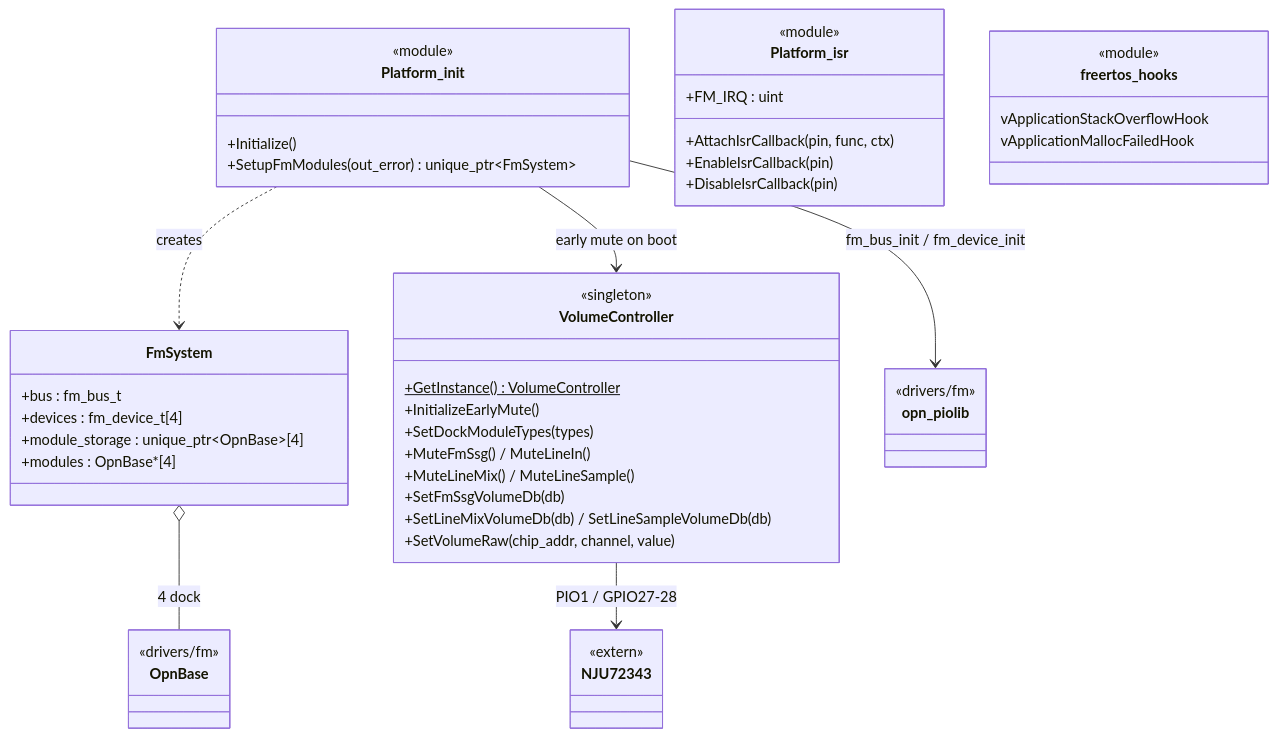
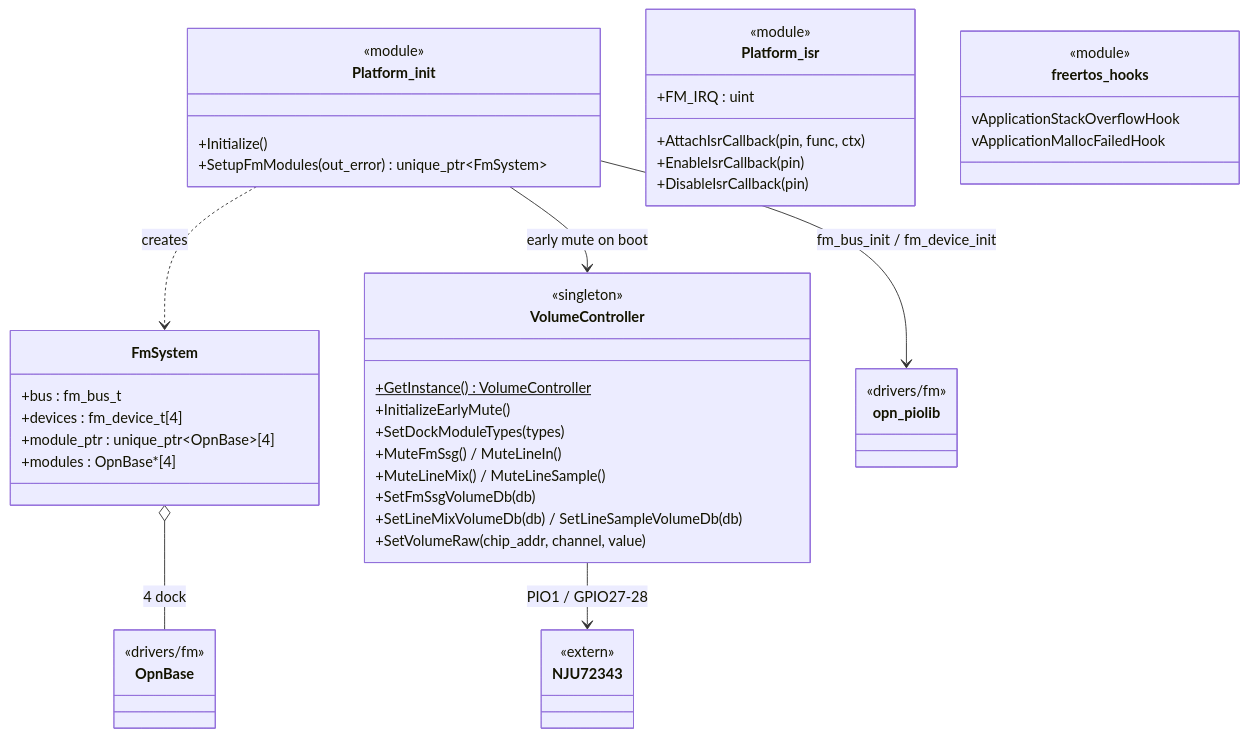
One commit to 46nori/FMSynthEnsembleV3 changed the diagram in doc/domain/domain_platform.md. Above: the diagram before and after it, drawn with Mermaid. The commit also changed 42 other files, not shown here.

````diff
--- a/doc/domain/domain_platform.md
+++ b/doc/domain/domain_platform.md
@@ -7,57 +7,57 @@
 ```mermaid
 classDiagram
     class Platform_init {
         <<module>>
         +Initialize()
         +SetupFmModules(out_error) unique_ptr~FmSystem~
     }
 
     class FmSystem {
         +bus : fm_bus_t
         +devices : fm_device_t[4]
-        +module_storage : unique_ptr~OpnBase~[4]
+        +module_ptr : unique_ptr~OpnBase~[4]
         +modules : OpnBase*[4]
     }
 
     class VolumeController {
         <<singleton>>
         +GetInstance() VolumeController$
         +InitializeEarlyMute()
         +SetDockModuleTypes(types)
         +MuteFmSsg() / MuteLineIn()
         +MuteLineMix() / MuteLineSample()
         +SetFmSsgVolumeDb(db)
         +SetLineMixVolumeDb(db) / SetLineSampleVolumeDb(db)
         +SetVolumeRaw(chip_addr, channel, value)
     }
 
     class Platform_isr {
         <<module>>
         +FM_IRQ : uint
         +AttachIsrCallback(pin, func, ctx)
         +EnableIsrCallback(pin)
         +DisableIsrCallback(pin)
     }
 
     class freertos_hooks {
         <<module>>
         vApplicationStackOverflowHook
         vApplicationMallocFailedHook
     }
 
     class NJU72343 {
         <<extern>>
     }
     class opn_piolib {
         <<drivers/fm>>
     }
     class OpnBase {
         <<drivers/fm>>
     }
 
     Platform_init ..> FmSystem : creates
     Platform_init --> VolumeController : early mute on boot
     Platform_init --> opn_piolib : fm_bus_init / fm_device_init
     FmSystem o-- OpnBase : 4 dock
     VolumeController --> NJU72343 : PIO1 / GPIO27-28
 ```
````
